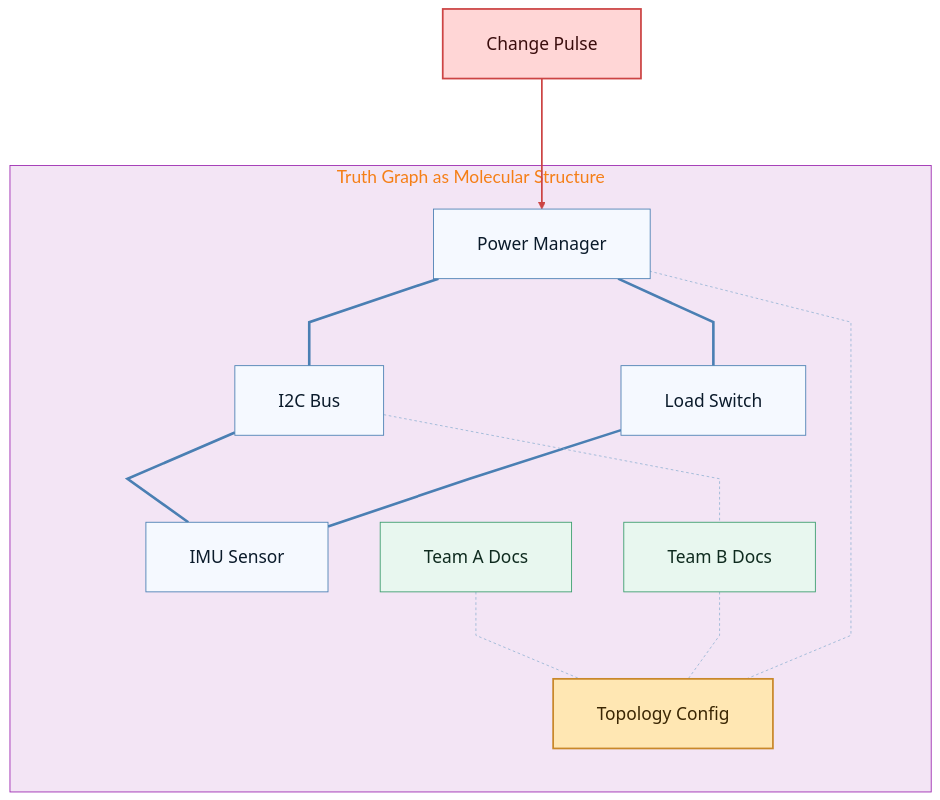
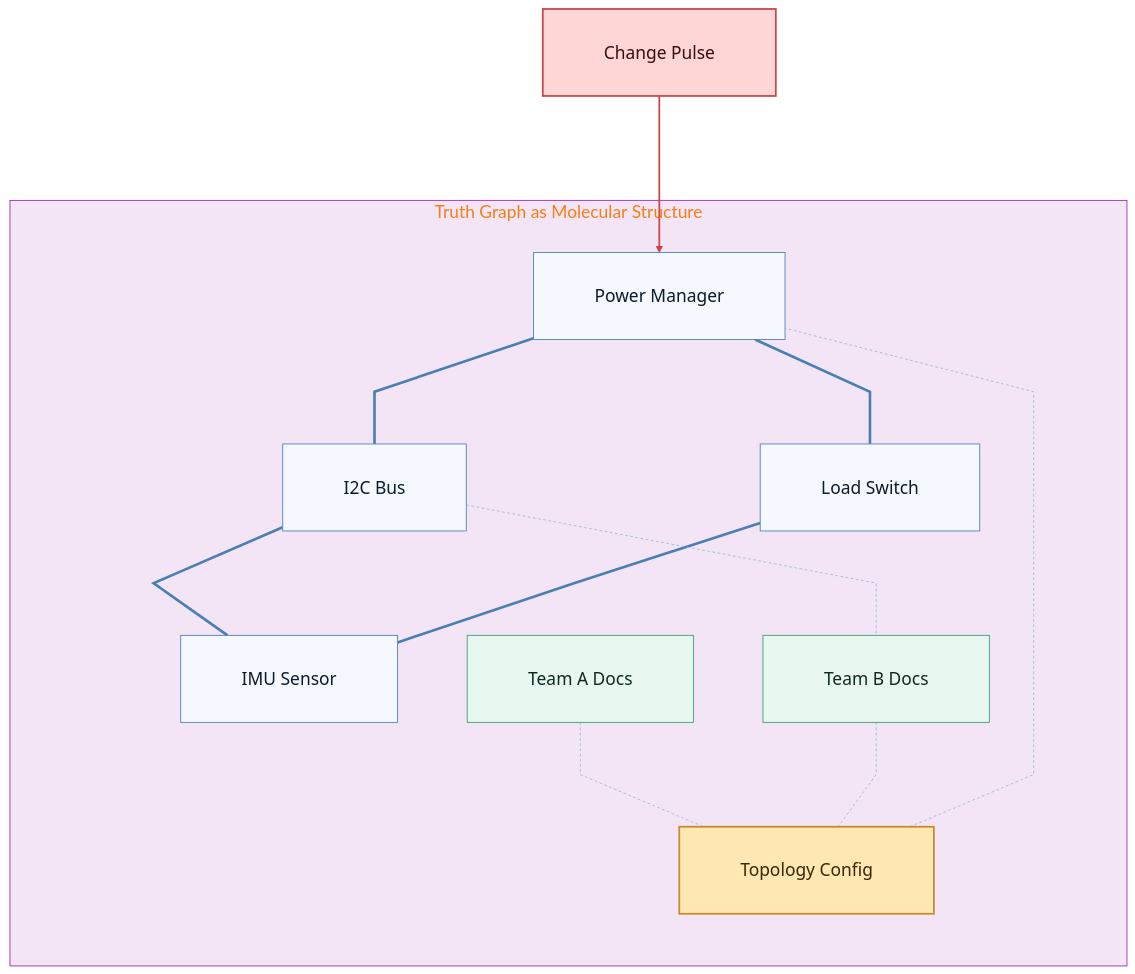
Before and after one commit to Lizo-RoadTown/PROVES_LIBRARY: the diagram in docs/diagrams/gnn-molecule.md, drawn with Mermaid. The commit also changed 4 other files, not shown here.

Commit message:
Increase diagram spacing: rankSpacing 120, nodeSpacing 80, padding 35

```diff
--- a/docs/diagrams/gnn-molecule.md
+++ b/docs/diagrams/gnn-molecule.md
@@ -112,9 +112,9 @@
     curve: 'linear'
     htmlLabels: false
     useMaxWidth: true
-    padding: 25
-    nodeSpacing: 60
-    rankSpacing: 100
+    padding: 35
+    nodeSpacing: 80
+    rankSpacing: 120
     diagramPadding: 8
   sequence:
     diagramMarginX: 50
@@ -149,7 +149,7 @@
     arrowMarkerAbsolute: false
     hideEmptyMembersBox: false
   er:
-    diagrampadding: 25
+    diagrampadding: 35
     layoutDirection: 'TB'
     minEntityWidth: 100
     minEntityHeight: 75
@@ -201,7 +201,7 @@
     diagramMarginX: 50
     diagramMarginY: 10
     c4ShapeMargin: 50
-    c4Shapepadding: 25
+    c4Shapepadding: 35
     width: 216
     height: 60
     boxMargin: 10
```
